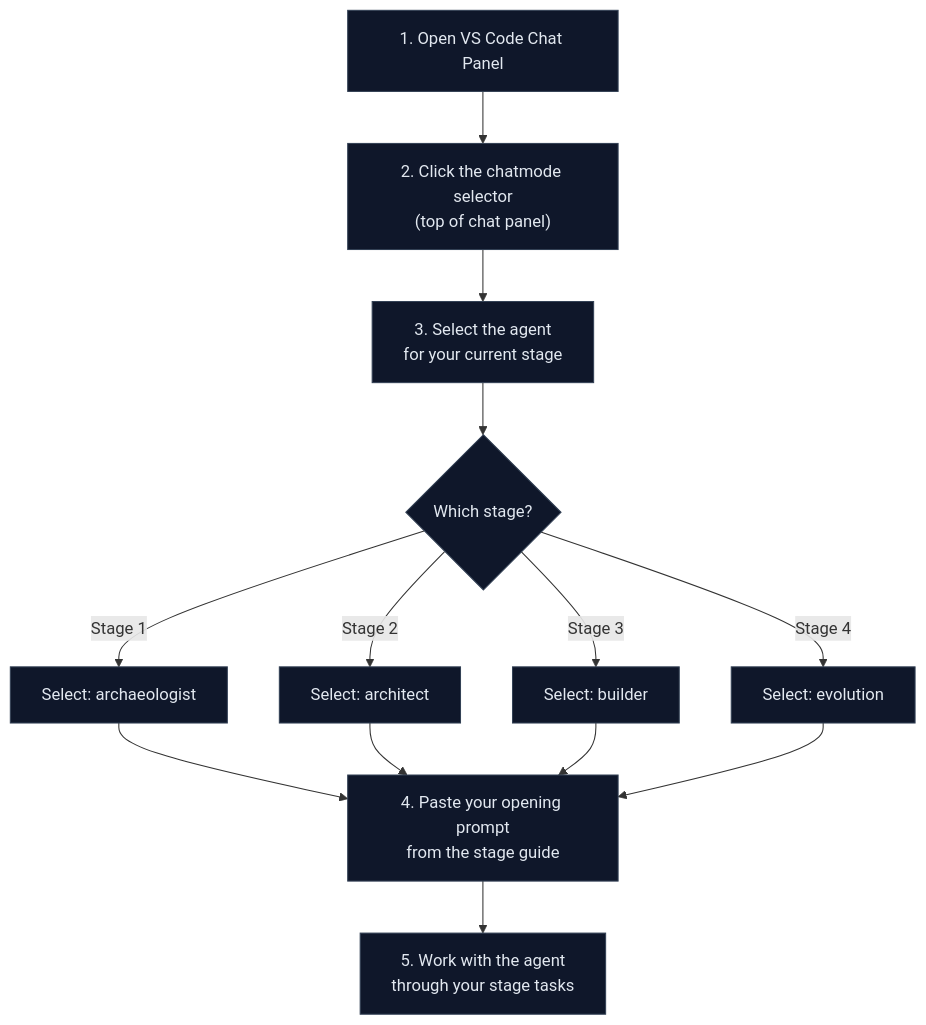
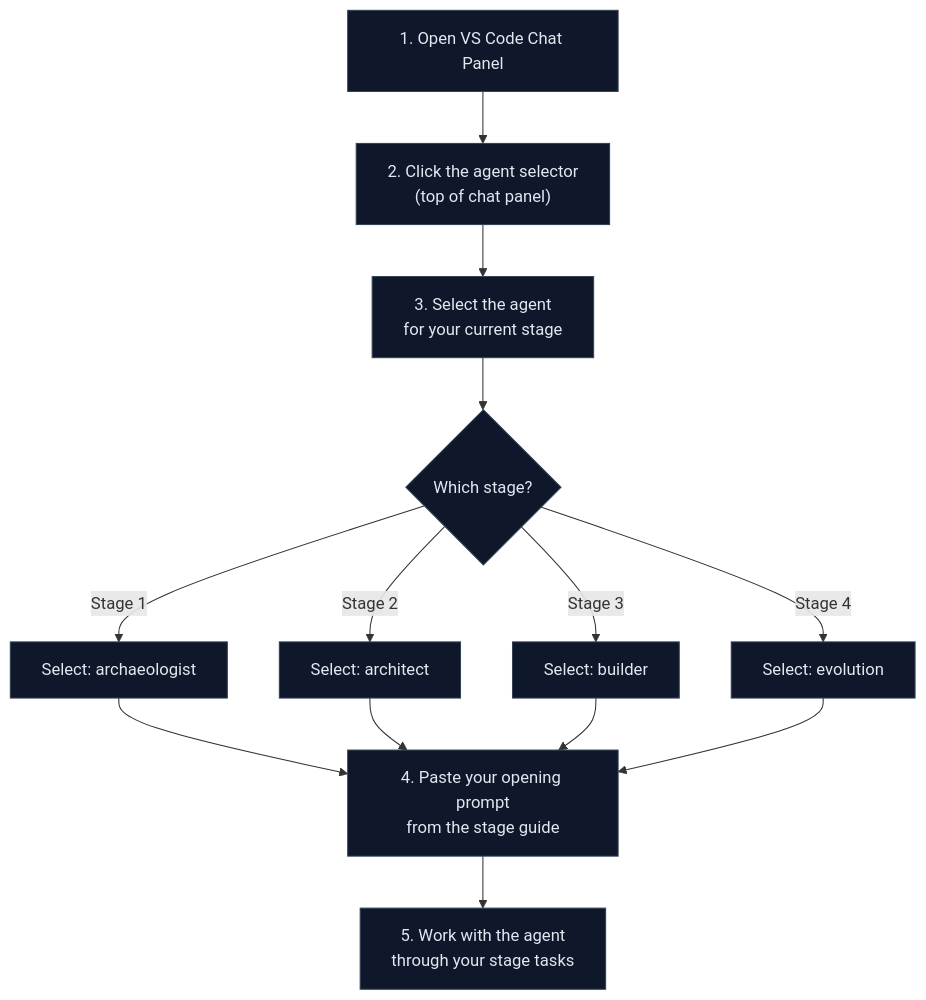
Before and after one commit to paulasilvatech/hackathon-datacorp-team-kit: the diagram in agent-kits/README.md, drawn with Mermaid. The commit also changed other lines of this file and 11 other files, not shown here.

````diff
--- a/agent-kits/README.md
+++ b/agent-kits/README.md
@@ -47,26 +47,26 @@
 ```mermaid
 flowchart TD
-    A["1. Open VS Code Chat Panel"] --> B["2. Click the chatmode selector\n(top of chat panel)"]
+    A["1. Open VS Code Chat Panel"] --> B["2. Click the agent selector\n(top of chat panel)"]
     B --> C["3. Select the agent\nfor your current stage"]
     C --> D{"Which stage?"}
     D -->|"Stage 1"| E["Select: archaeologist"]
     D -->|"Stage 2"| F["Select: architect"]
     D -->|"Stage 3"| G["Select: builder"]
     D -->|"Stage 4"| H["Select: evolution"]
     E --> I["4. Paste your opening prompt\nfrom the stage guide"]
     F --> I
     G --> I
     H --> I
     I --> J["5. Work with the agent\nthrough your stage tasks"]
 
     style A fill:#0f172a,stroke:#334155,color:#e2e8f0
     style B fill:#0f172a,stroke:#334155,color:#e2e8f0
     style C fill:#0f172a,stroke:#334155,color:#e2e8f0
     style D fill:#0f172a,stroke:#334155,color:#e2e8f0
     style E fill:#0f172a,stroke:#334155,color:#e2e8f0
     style F fill:#0f172a,stroke:#334155,color:#e2e8f0
     style G fill:#0f172a,stroke:#334155,color:#e2e8f0
     style H fill:#0f172a,stroke:#334155,color:#e2e8f0
     style I fill:#0f172a,stroke:#334155,color:#e2e8f0
     style J fill:#0f172a,stroke:#334155,color:#e2e8f0
 ```
````
